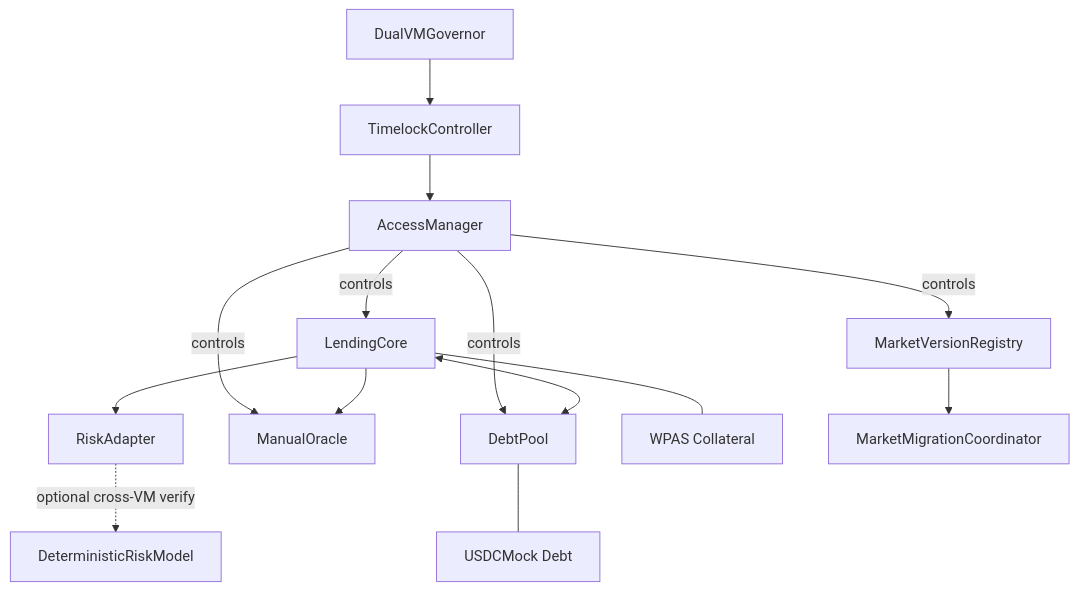
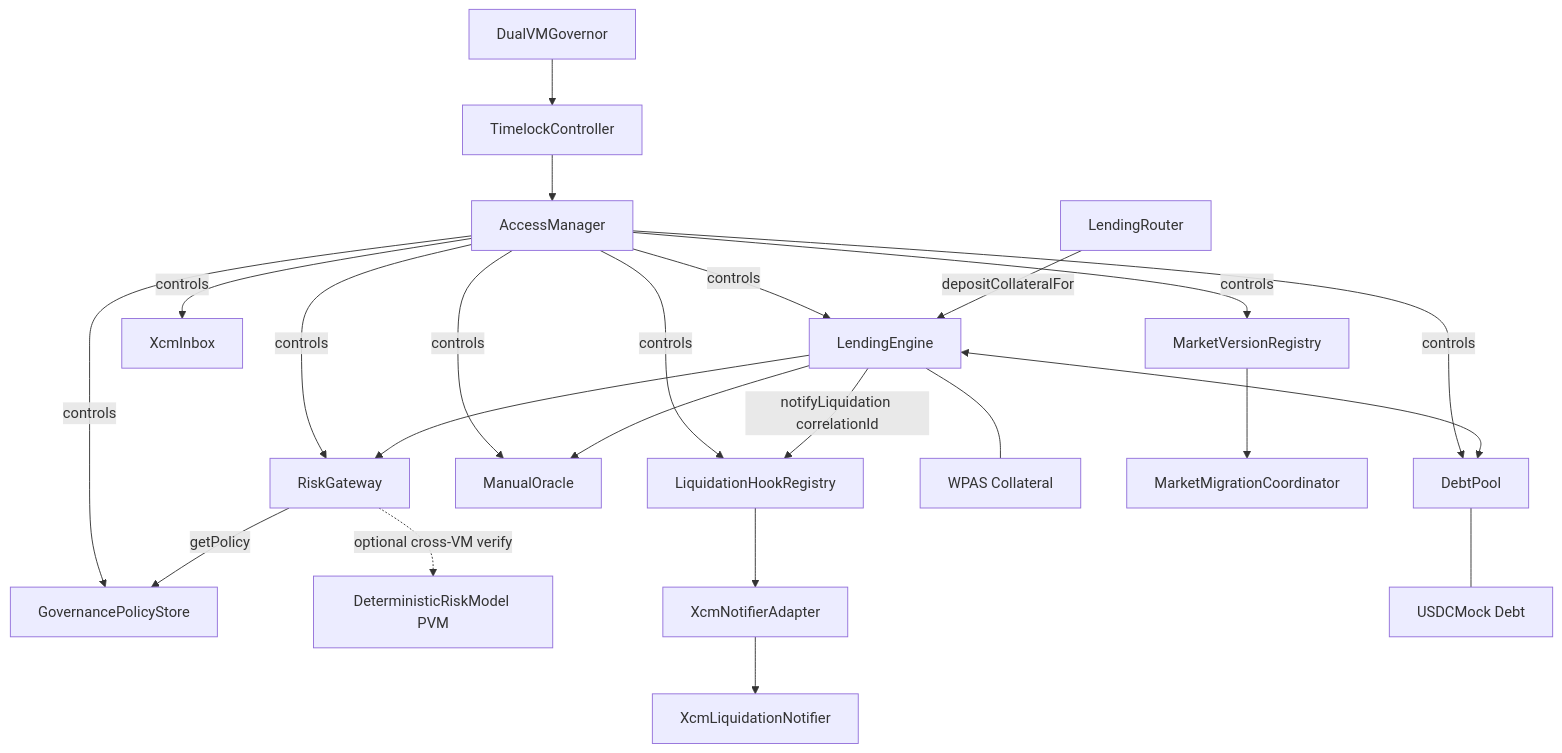
Before and after one commit to symulacr/dualvm-lending: the third of 10 diagrams in README.md, drawn with Mermaid. The commit also changed other lines of this file and 2 other files, not shown here.

First line of the commit message:
docs: update architecture docs to reflect M11 bilateral-async-unified system

````diff
--- a/README.md
+++ b/README.md
@@ -121,16 +132,25 @@
 ```mermaid
 graph TD
     GOV[DualVMGovernor] --> TL[TimelockController]
     TL --> AM[AccessManager]
-    AM -->|controls| LC[LendingCore]
+    AM -->|controls| LE[LendingEngine]
+    AM -->|controls| RG[RiskGateway]
     AM -->|controls| DP[DebtPool]
     AM -->|controls| MO[ManualOracle]
+    AM -->|controls| GPS[GovernancePolicyStore]
+    AM -->|controls| HR[LiquidationHookRegistry]
+    AM -->|controls| XI[XcmInbox]
     AM -->|controls| MVR[MarketVersionRegistry]
-    LC --> MO
-    LC --> RA[RiskAdapter]
-    LC <--> DP
-    RA -.->|optional cross-VM verify| QE[DeterministicRiskModel]
-    LC --- WPAS[WPAS Collateral]
+    LE --> MO
+    LE --> RG
+    LE <--> DP
+    LE -->|notifyLiquidation correlationId| HR
+    RG -->|getPolicy| GPS
+    RG -.->|optional cross-VM verify| QE[DeterministicRiskModel PVM]
+    HR --> XNA[XcmNotifierAdapter]
+    XNA --> XLN[XcmLiquidationNotifier]
+    LE --- WPAS[WPAS Collateral]
     DP --- USDC[USDCMock Debt]
     MVR --> MMC[MarketMigrationCoordinator]
+    LR[LendingRouter] -->|depositCollateralFor| LE
 ```
````
